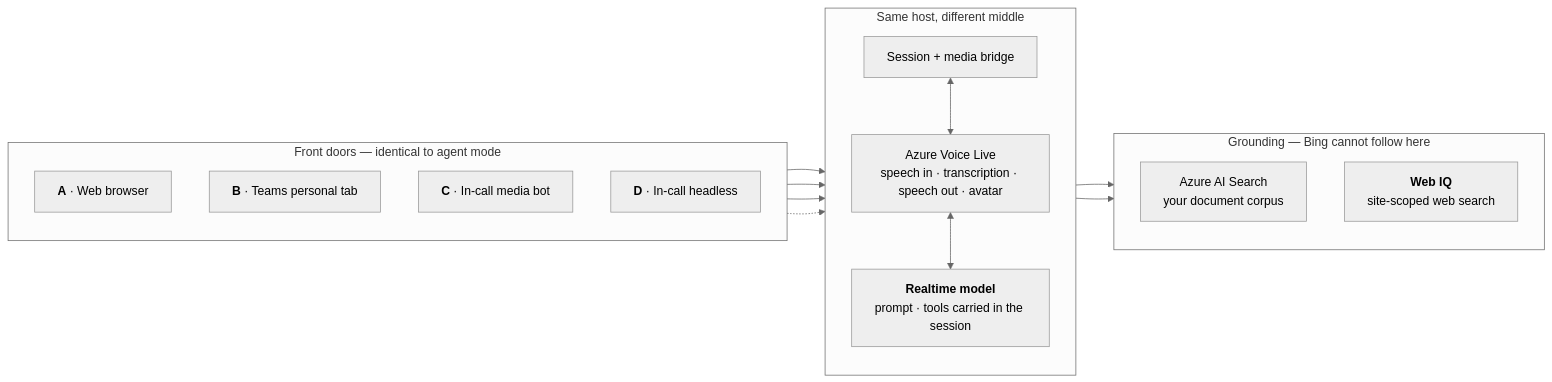
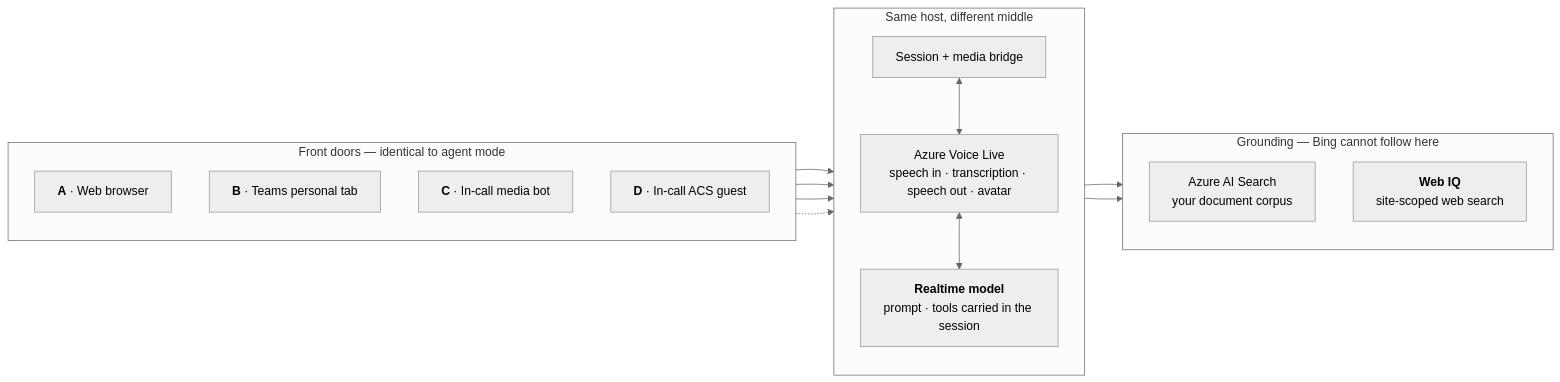
The second of 2 diagrams in README.md (SridharArrabelly/avatar-forge), drawn with Mermaid (neutral theme) before and after one commit. The commit also changed other lines of this file and 50 other files, not shown here.

````diff
--- a/README.md
+++ b/README.md
@@ -72,32 +72,32 @@
 ```mermaid
 flowchart LR
     subgraph Doors2["Front doors — identical to agent mode"]
         direction TB
         A2["<b>A</b> · Web browser"]
         B2["<b>B</b> · Teams personal tab"]
         C2["<b>C</b> · In-call media bot"]
-        D2["<b>D</b> · In-call headless"]
+        D2["<b>D</b> · In-call ACS guest"]
     end
 
     subgraph Brain2["Same host, different middle"]
         direction TB
         API2["Session + media bridge"]
         VL2["Azure Voice Live<br/>speech in · transcription · speech out · avatar"]
         RT["<b>Realtime model</b><br/>prompt · tools carried in the session"]
         API2 <--> VL2
         VL2 <--> RT
     end
 
     subgraph Ground2["Grounding — Bing cannot follow here"]
         direction TB
         S2["Azure AI Search<br/>your document corpus"]
         W2["<b>Web IQ</b><br/>site-scoped web search"]
     end
 
     A2 --> API2
     B2 --> API2
     C2 --> API2
     D2 -.-> API2
     RT --> S2
     RT --> W2
 ```
````
